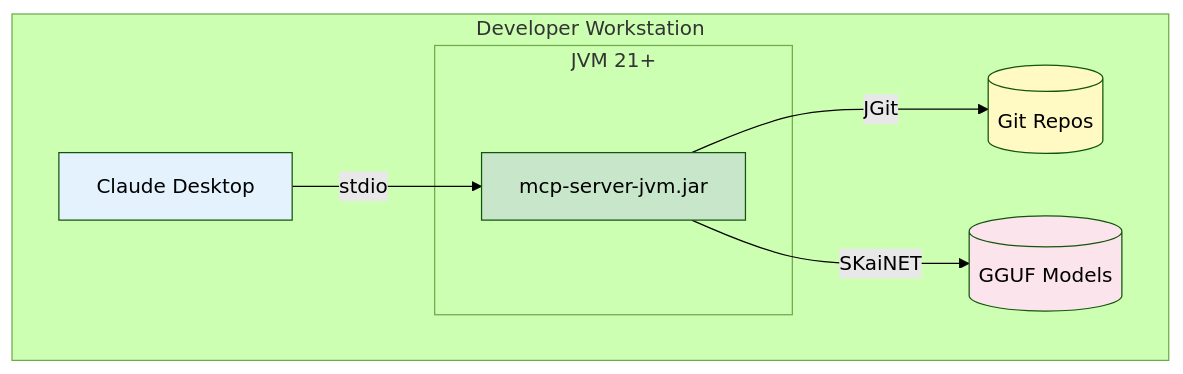
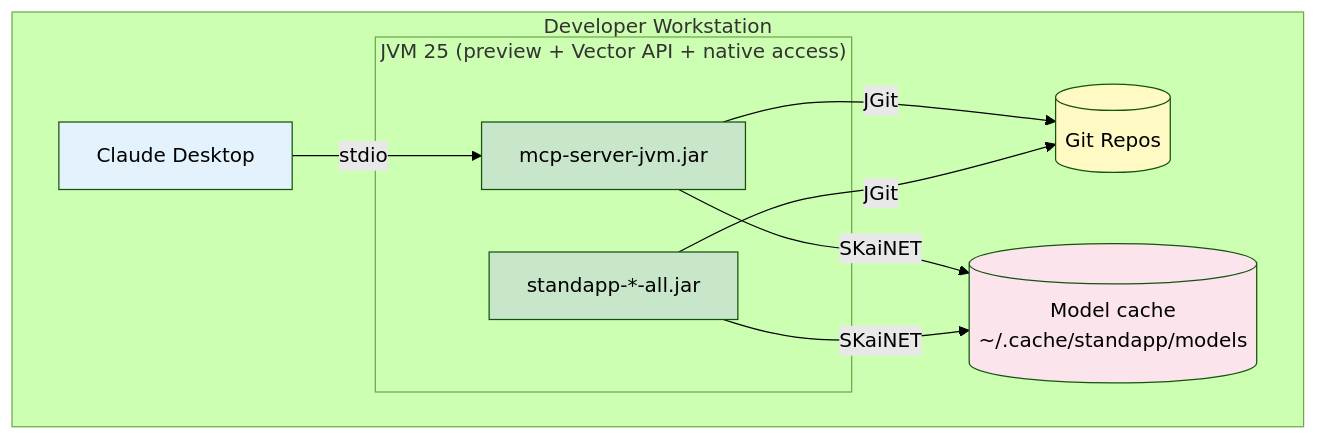
One commit to michalharakal/Daily-StandAPP changed the third of 3 diagrams in docs/modules/architecture/pages/07-deployment-view.adoc. Above: the diagram before and after it, drawn with Mermaid (forest theme). The commit also changed other lines of this file and 38 other files, not shown here.

```diff
--- a/docs/modules/architecture/pages/07-deployment-view.adoc
+++ b/docs/modules/architecture/pages/07-deployment-view.adoc
@@ -209,21 +293,25 @@
 [mermaid]
 ----
 graph TB
     subgraph WORKSTATION["Developer Workstation"]
-        subgraph JVM["JVM 21+"]
+        subgraph JVM["JVM 25 (preview + Vector API + native access)"]
             MCP_JAR[mcp-server-jvm.jar]
+            CLI_JAR[standapp-*-all.jar]
         end
         CLAUDE[Claude Desktop]
         GIT[(Git Repos)]
-        MODELS[(GGUF Models)]
+        MODELS[(Model cache<br/>~/.cache/standapp/models)]
     end
 
     CLAUDE -->|stdio| MCP_JAR
     MCP_JAR -->|JGit| GIT
+    CLI_JAR -->|JGit| GIT
     MCP_JAR -->|SKaiNET| MODELS
+    CLI_JAR -->|SKaiNET| MODELS
 
     style MCP_JAR fill:#c8e6c9
+    style CLI_JAR fill:#c8e6c9
     style CLAUDE fill:#e3f2fd
     style GIT fill:#fff9c4
     style MODELS fill:#fce4ec
 ----
```
